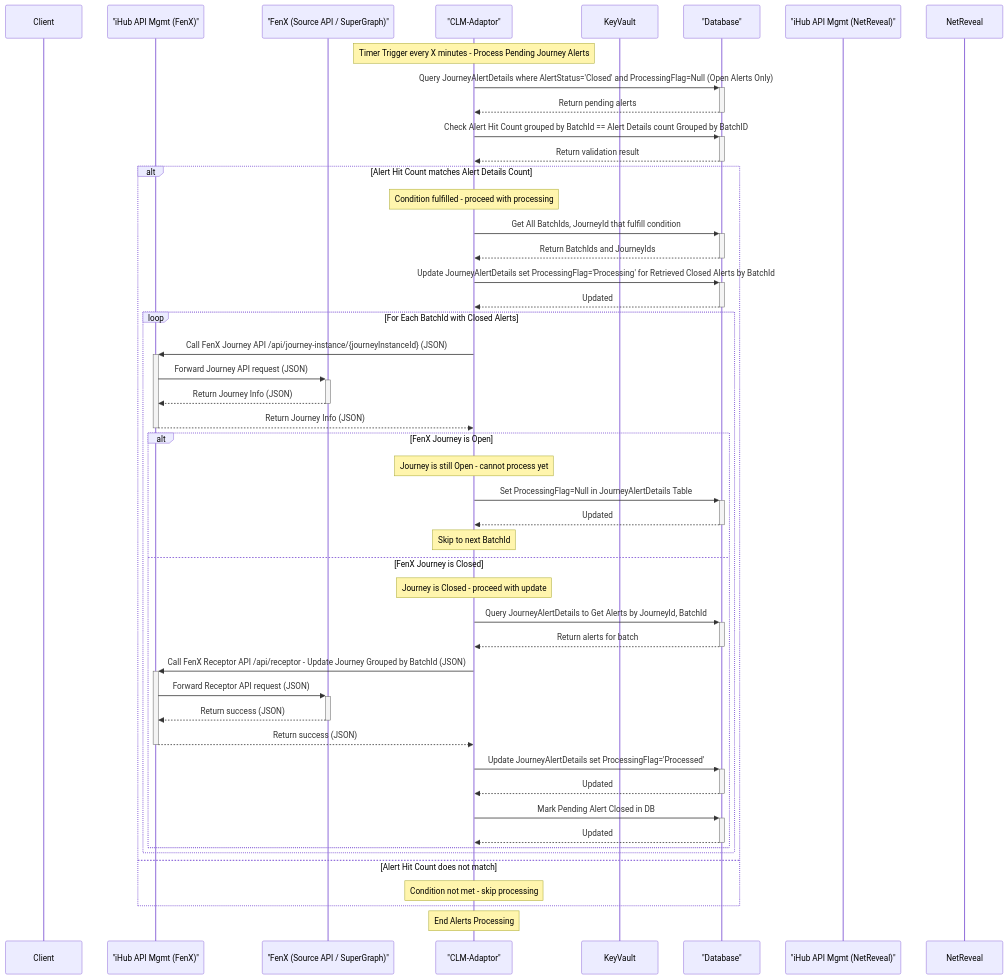
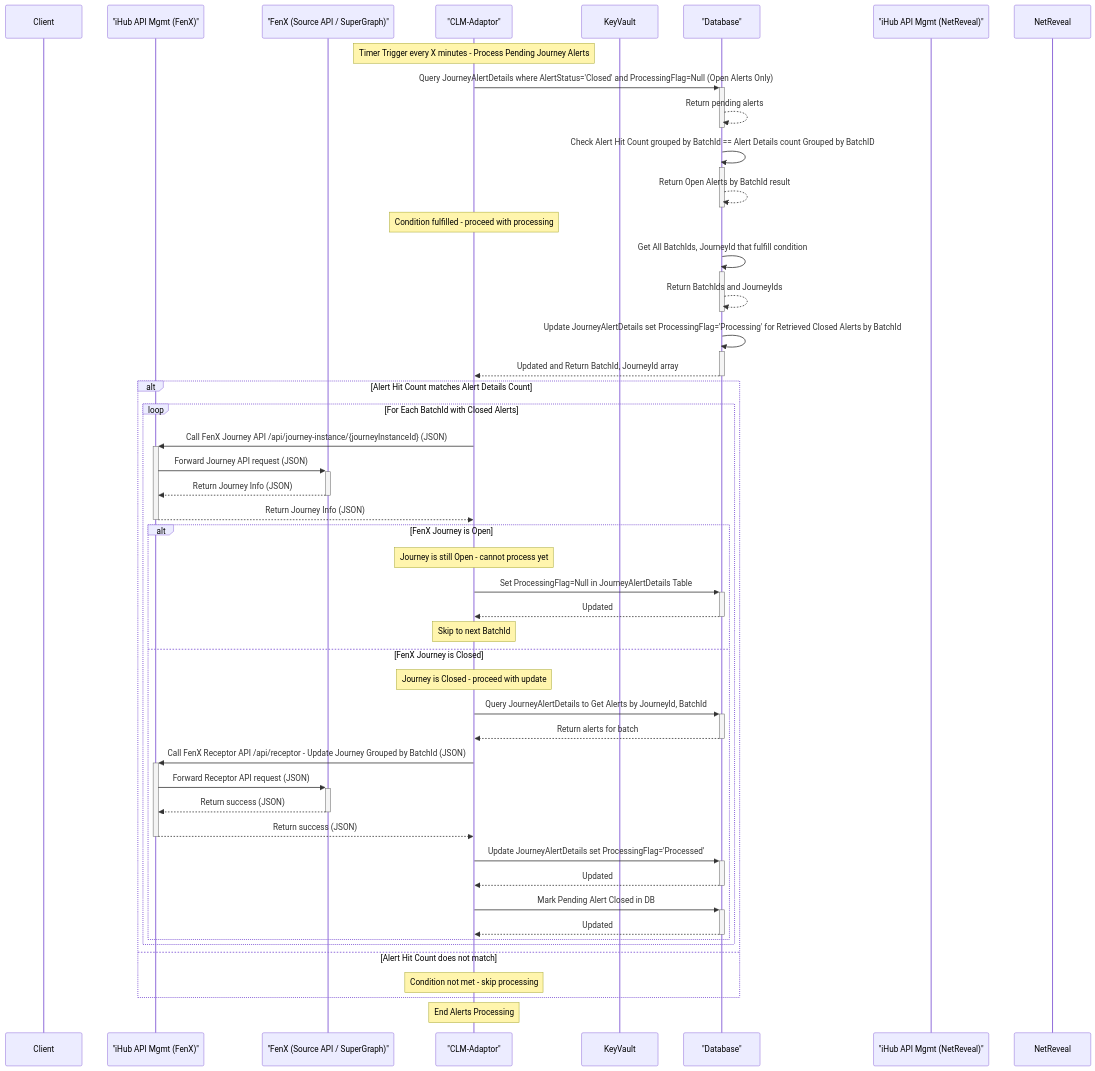
One commit to jojokoshy/Architecture_Diagrams_Python_AI changed the diagram in Arch_Diagrams/v2/AlertFlow2-sequence.mmd. Above: the diagram before and after it, drawn with Mermaid.

Commit message:
Refactor AlertFlow sequence diagram for improved clarity; corrected return messages and streamlined alert processing logic

```diff
--- a/Arch_Diagrams/v2/AlertFlow2-sequence.mmd
+++ b/Arch_Diagrams/v2/AlertFlow2-sequence.mmd
@@ -1,84 +1,85 @@
 %%{init: {"theme":"default","themeVariables": {"fontSize":"12"}}}%%
 sequenceDiagram
   %% Participants left-to-right for readability
   participant Client
   participant iHubIn as "iHub API Mgmt (FenX)"
   participant FenX as "FenX (Source API / SuperGraph)"
   participant CLMAdaptor as "CLM-Adaptor"
   participant KeyVault
   participant DB as "Database"
   participant iHubOut as "iHub API Mgmt (NetReveal)"
   participant NetReveal
 
   %% Timer Trigger
   Note over CLMAdaptor: Timer Trigger every X minutes - Process Pending Journey Alerts
   
   %% Query pending alerts
   CLMAdaptor->>+DB: Query JourneyAlertDetails where AlertStatus='Closed' and ProcessingFlag=Null (Open Alerts Only)
-  DB-->>-CLMAdaptor: Return pending alerts
+  DB-->>-DB: Return pending alerts
   
   %% Check alert counts by BatchId
-  CLMAdaptor->>+DB: Check Alert Hit Count grouped by BatchId == Alert Details count Grouped by BatchID
-  DB-->>-CLMAdaptor: Return validation result
-  
+  DB->>+DB: Check Alert Hit Count grouped by BatchId == Alert Details count Grouped by BatchID
+  DB-->>-DB: Return Open Alerts by BatchId result
+  Note over CLMAdaptor: Condition fulfilled - proceed with processing
+    
+    %% Get BatchIds and JourneyIds
+    DB->>+DB: Get All BatchIds, JourneyId that fulfill condition
+    DB-->>-DB: Return BatchIds and JourneyIds
+    DB->>+DB: Update JourneyAlertDetails set ProcessingFlag='Processing' for Retrieved Closed Alerts by BatchId
+    DB-->>-CLMAdaptor: Updated and Return BatchId, JourneyId array
   %% Decision: Alert check condition
   alt Alert Hit Count matches Alert Details Count
-    Note over CLMAdaptor: Condition fulfilled - proceed with processing
     
-    %% Get BatchIds and JourneyIds
-    CLMAdaptor->>+DB: Get All BatchIds, JourneyId that fulfill condition
-    DB-->>-CLMAdaptor: Return BatchIds and JourneyIds
     
     %% Update processing flags
-    CLMAdaptor->>+DB: Update JourneyAlertDetails set ProcessingFlag='Processing' for Retrieved Closed Alerts by BatchId
-    DB-->>-CLMAdaptor: Updated
+
     
     %% Loop through alerts grouped by BatchId
     loop For Each BatchId with Closed Alerts
       
       %% Query FenX for Journey Info
       CLMAdaptor->>+iHubIn: Call FenX Journey API /api/journey-instance/{journeyInstanceId} (JSON)
       iHubIn->>+FenX: Forward Journey API request (JSON)
       FenX-->>-iHubIn: Return Journey Info (JSON)
       iHubIn-->>-CLMAdaptor: Return Journey Info (JSON)
       
       %% Decision: FenX Journey Open?
       alt FenX Journey is Open
         Note over CLMAdaptor: Journey is still Open - cannot process yet
         
         %% Reset processing flag for retry
         CLMAdaptor->>+DB: Set ProcessingFlag=Null in JourneyAlertDetails Table
         DB-->>-CLMAdaptor: Updated
         
         Note over CLMAdaptor: Skip to next BatchId
         
       else FenX Journey is Closed
         Note over CLMAdaptor: Journey is Closed - proceed with update
         
         %% Get alerts by JourneyId and BatchId
         CLMAdaptor->>+DB: Query JourneyAlertDetails to Get Alerts by JourneyId, BatchId
         DB-->>-CLMAdaptor: Return alerts for batch
         
         %% Update Journey via Receptor API
         CLMAdaptor->>+iHubIn: Call FenX Receptor API /api/receptor - Update Journey Grouped by BatchId (JSON)
         iHubIn->>+FenX: Forward Receptor API request (JSON)
         FenX-->>-iHubIn: Return success (JSON)
         iHubIn-->>-CLMAdaptor: Return success (JSON)
         
         %% Update processing flag
         CLMAdaptor->>+DB: Update JourneyAlertDetails set ProcessingFlag='Processed'
         DB-->>-CLMAdaptor: Updated
         
         %% Mark pending alert closed
         CLMAdaptor->>+DB: Mark Pending Alert Closed in DB
         DB-->>-CLMAdaptor: Updated
         
       end
       
     end
     
   else Alert Hit Count does not match
     Note over CLMAdaptor: Condition not met - skip processing
   end
   
   Note over CLMAdaptor: End Alerts Processing
```
